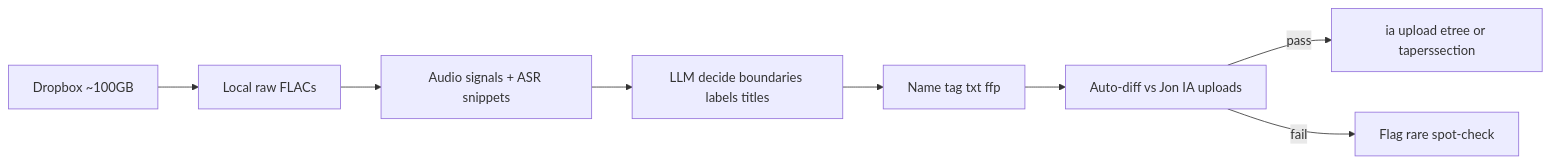
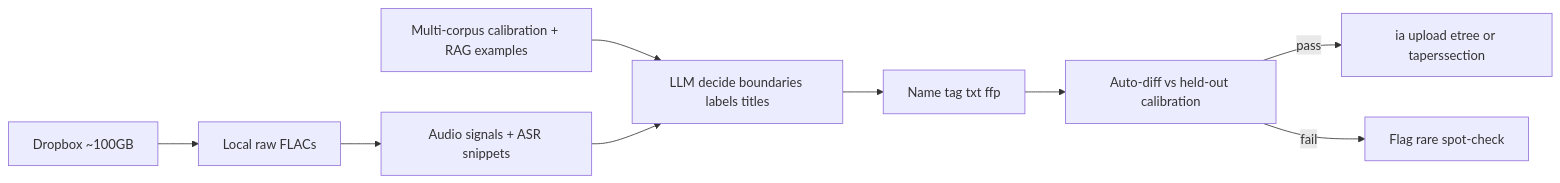
One commit to 151henry151/dat-tracker changed the diagram in PLAN.md. Above: the diagram before and after it, drawn with Mermaid. The commit also changed other lines of this file and 6 other files, not shown here.

Commit message:
Expand calibration to multi-corpus tiers and external DAT sets.

````diff
--- a/PLAN.md
+++ b/PLAN.md
@@ -55,10 +57,11 @@
 ```mermaid
 flowchart LR
   dropbox[Dropbox ~100GB] --> local[Local raw FLACs]
   local --> signals[Audio signals + ASR snippets]
+  corpus[Multi-corpus calibration + RAG examples] --> llm
   signals --> llm[LLM decide boundaries labels titles]
   llm --> package[Name tag txt ffp]
-  package --> validate[Auto-diff vs Jon IA uploads]
+  package --> validate[Auto-diff vs held-out calibration]
   validate -->|pass| upload[ia upload etree or taperssection]
   validate -->|fail| flag[Flag rare spot-check]
 ```
````
